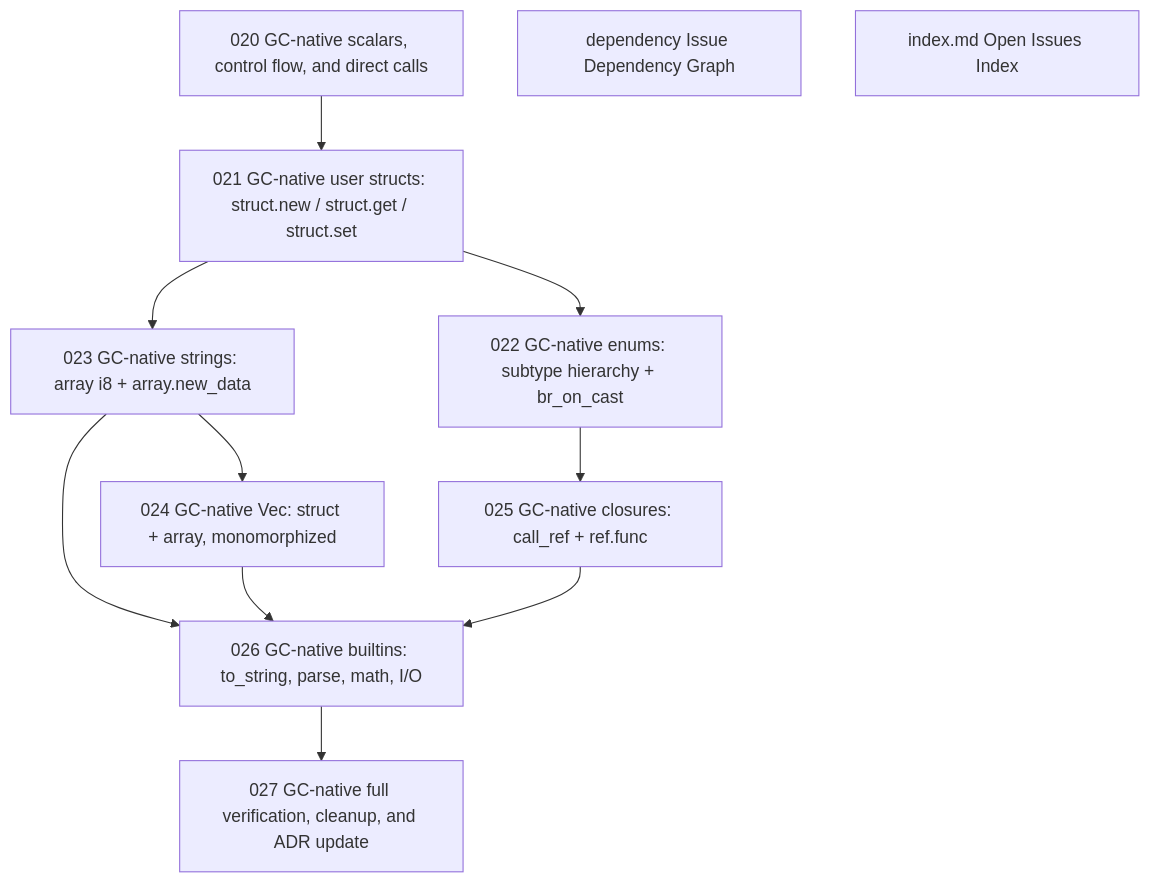
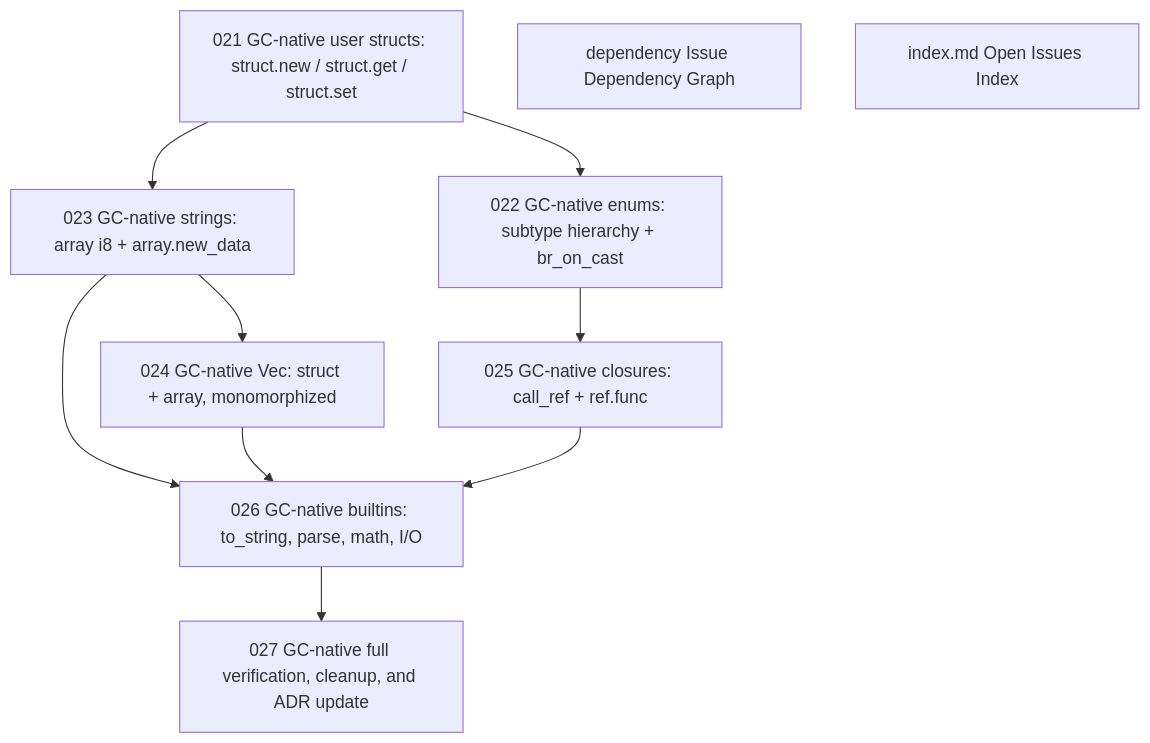
One commit to wogikaze/arukellt changed the diagram in issues/open/dependency-graph.md. Above: the diagram before and after it, drawn with Mermaid. The commit also changed other lines of this file and 2 other files, not shown here.

Commit message:
020: scalars/control verified — all 346 fixtures pass after 019 scaffolding

````diff
--- a/issues/open/dependency-graph.md
+++ b/issues/open/dependency-graph.md
@@ -7,22 +7,20 @@
 ```mermaid
 graph TD
-  I020["020 GC-native scalars, control flow, and direct calls"]
+  I021["021 GC-native user structs: struct.new / struct.get / struct.set"]
   Idependency["dependency Issue Dependency Graph"]
   Iindex.md["index.md Open Issues Index"]
-  I021["021 GC-native user structs: struct.new / struct.get / struct.set"]
   I022["022 GC-native enums: subtype hierarchy + br_on_cast"]
   I023["023 GC-native strings: array i8 + array.new_data"]
   I025["025 GC-native closures: call_ref + ref.func"]
   I024["024 GC-native Vec<T>: struct + array, monomorphized"]
   I026["026 GC-native builtins: to_string, parse, math, I/O"]
   I027["027 GC-native full verification, cleanup, and ADR update"]
-  I020 --> I021
   I021 --> I022
   I021 --> I023
   I022 --> I025
   I023 --> I024
   I023 --> I026
   I024 --> I026
   I025 --> I026
   I026 --> I027
 ```
````
